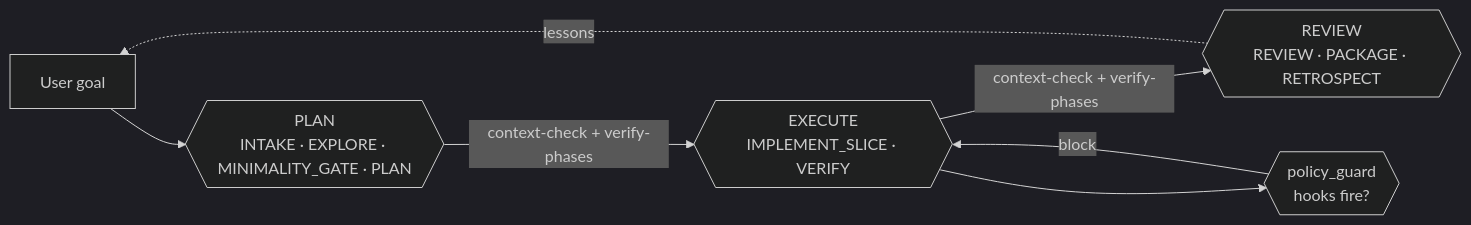
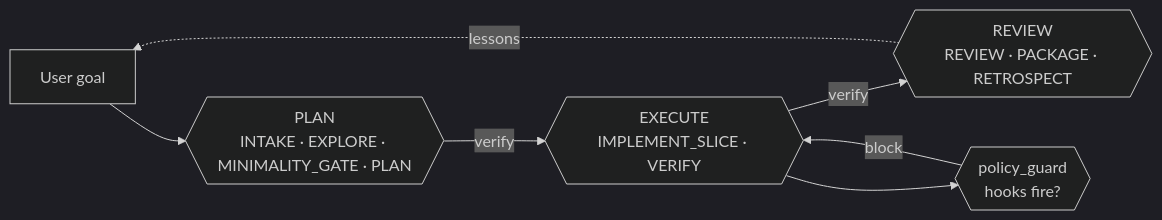
One commit to zaingz/coding-quality-loop changed the first of 2 diagrams in docs/architecture.md. Above: the diagram before and after it, drawn with Mermaid (dark theme). The commit also changed other lines of this file and 53 other files, not shown here.

````diff
--- a/docs/architecture.md
+++ b/docs/architecture.md
@@ -130,9 +128,9 @@
 ```mermaid
 flowchart LR
   A[User goal] --> P{{PLAN<br/>INTAKE · EXPLORE · MINIMALITY_GATE · PLAN}}
-  P -->|context-check + verify-phases| E{{EXECUTE<br/>IMPLEMENT_SLICE · VERIFY}}
-  E -->|context-check + verify-phases| R{{REVIEW<br/>REVIEW · PACKAGE · RETROSPECT}}
+  P -->|verify| E{{EXECUTE<br/>IMPLEMENT_SLICE · VERIFY}}
+  E -->|verify| R{{REVIEW<br/>REVIEW · PACKAGE · RETROSPECT}}
   R -. lessons .-> A
   E --> G{{policy_guard<br/>hooks fire?}}
   G -- block --> E
 ```
````
